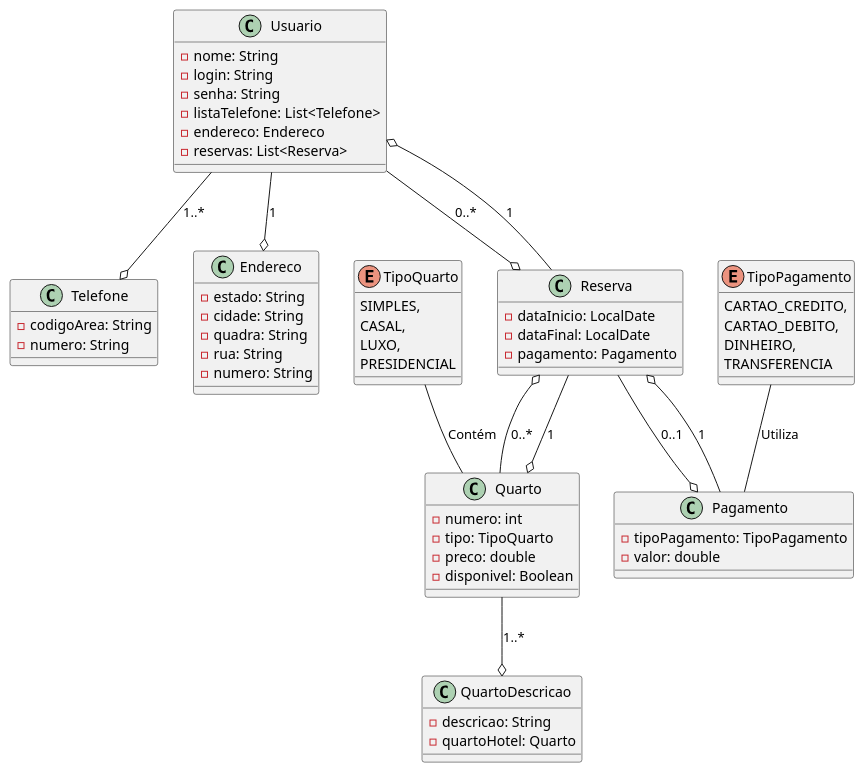
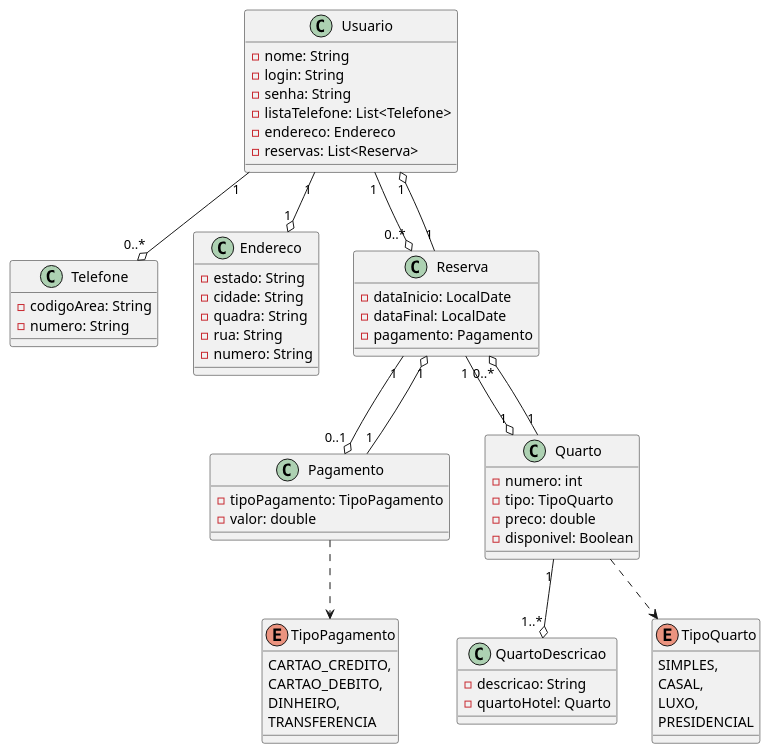
The diagram in src/main/java/br/unitins/topicos1/model/Diagrama.puml (JoaoPOPaulino/quarkus-topicos1-2023-2), drawn with PlantUML before and after one commit.

```diff
--- a/src/main/java/br/unitins/topicos1/model/Diagrama.puml
+++ b/src/main/java/br/unitins/topicos1/model/Diagrama.puml
@@ -1,74 +1,74 @@
 @startuml Hotel
 
 class Usuario {
   - nome: String
   - login: String
   - senha: String
   - listaTelefone: List<Telefone>
   - endereco: Endereco
   - reservas: List<Reserva>
 }
 
 class Telefone {
   - codigoArea: String
   - numero: String
 }
 
 class Endereco {
   - estado: String
   - cidade: String
   - quadra: String
   - rua: String
   - numero: String
 }
 
 class Reserva {
   - dataInicio: LocalDate
   - dataFinal: LocalDate
   - pagamento: Pagamento
 }
 
 class Pagamento {
   - tipoPagamento: TipoPagamento
   - valor: double
 }
 
 class Quarto {
   - numero: int
   - tipo: TipoQuarto
   - preco: double
   - disponivel: Boolean
 }
 
 class QuartoDescricao {
   - descricao: String
   - quartoHotel: Quarto
 }
 
 enum TipoQuarto {
   SIMPLES,
   CASAL,
   LUXO,
   PRESIDENCIAL
 }
 
 enum TipoPagamento {
   CARTAO_CREDITO,
   CARTAO_DEBITO,
   DINHEIRO,
   TRANSFERENCIA
 }
 
-Usuario --o Telefone : 1..*
-Usuario --o Endereco : 1
-Usuario --o Reserva : 0..*
-Reserva --o Quarto : 1
-Reserva --o Usuario : 1
-Reserva --o Pagamento : 0..1
-Pagamento --o Reserva : 1
-Quarto --o QuartoDescricao : 1..*
-Quarto --o Reserva : 0..*
-TipoQuarto -- Quarto : Contém
-TipoPagamento -- Pagamento : Utiliza
+Usuario "1" --o "0..*" Telefone
+Usuario "1" --o "1" Endereco
+Usuario "1" --o "0..*" Reserva
+Reserva "1" --o "1" Quarto
+Reserva "1" --o "0..1" Pagamento
+Reserva "1" --o "1" Usuario
+Pagamento "1" --o "1" Reserva
+Quarto "1" --o "1..*" QuartoDescricao
+Quarto "1" --o "0..*" Reserva
+Quarto ..> TipoQuarto
+Pagamento ..> TipoPagamento
 
 @enduml
```
